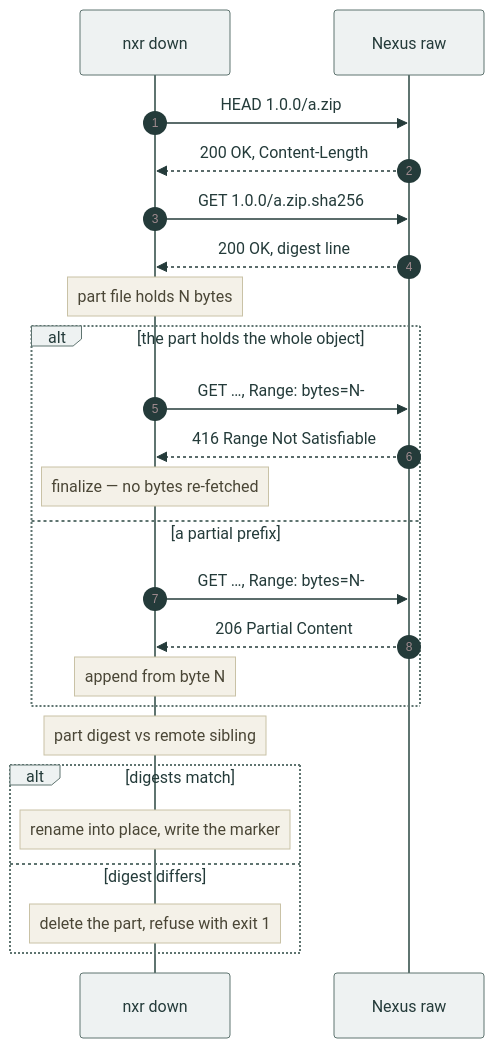
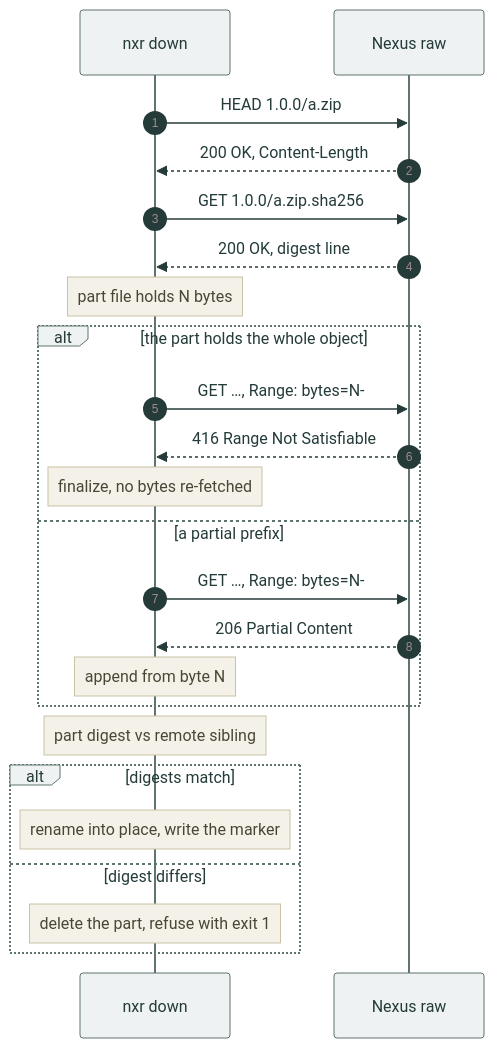
One commit to Lipen/nexus-raw changed the third of 3 diagrams in docs/explanation/design.md. Above: the diagram before and after it, drawn with Mermaid. The commit also changed other lines of this file and 11 other files, not shown here.

````diff
--- a/docs/explanation/design.md
+++ b/docs/explanation/design.md
@@ -121,28 +121,28 @@
 ```mermaid
 %%{init: {"theme": "base", "themeVariables": {"primaryColor": "#eef2f2", "primaryTextColor": "#243b3a", "primaryBorderColor": "#5f7470", "lineColor": "#5f7470", "noteBkgColor": "#f4f1e8", "noteTextColor": "#4a4636", "noteBorderColor": "#c9c2a6", "fontFamily": "inherit"}}}%%
 sequenceDiagram
     autonumber
     participant nxr as nxr down
     participant srv as Nexus raw
 
     nxr->>srv: HEAD 1.0.0/a.zip
     srv-->>nxr: 200 OK, Content-Length
     nxr->>srv: GET 1.0.0/a.zip.sha256
     srv-->>nxr: 200 OK, digest line
     note over nxr: part file holds N bytes
     alt the part holds the whole object
         nxr->>srv: GET …, Range: bytes=N-
         srv-->>nxr: 416 Range Not Satisfiable
-        note over nxr: finalize — no bytes re-fetched
+        note over nxr: finalize, no bytes re-fetched
     else a partial prefix
         nxr->>srv: GET …, Range: bytes=N-
         srv-->>nxr: 206 Partial Content
         note over nxr: append from byte N
     end
     note over nxr: part digest vs remote sibling
     alt digests match
         note over nxr: rename into place, write the marker
     else digest differs
         note over nxr: delete the part, refuse with exit 1
     end
 ```
````
